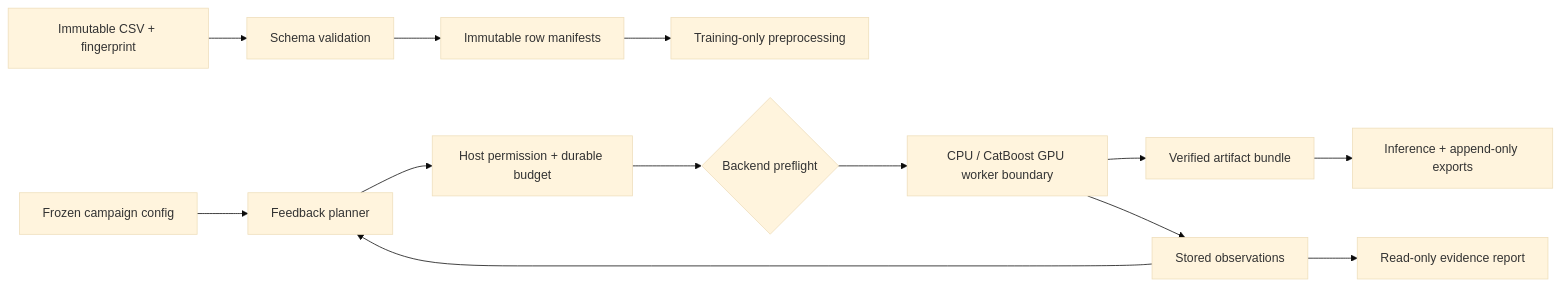
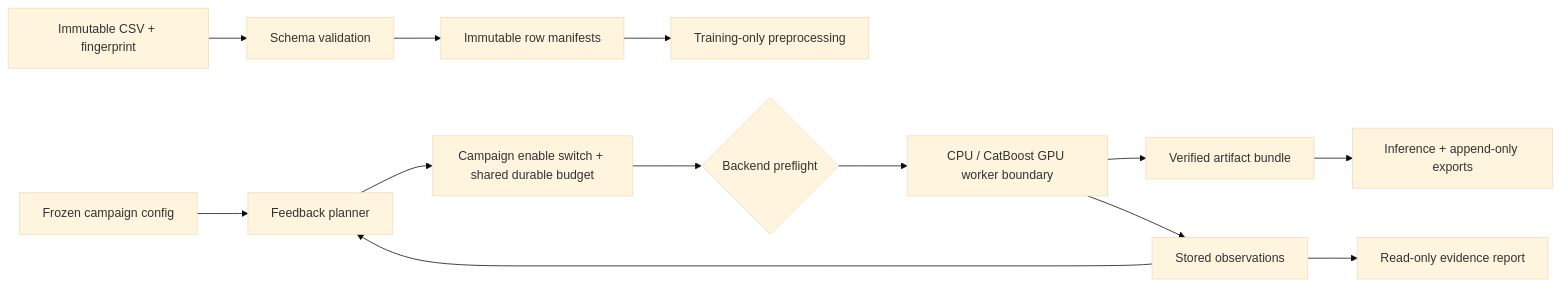
The diagram in docs/architecture.md (vikky781/Autonomis), drawn with Mermaid (base theme) before and after one commit. The commit also changed other lines of this file and 9 other files, not shown here.

Commit message:
feat: archive locked rounds and continue shared budget

````diff
--- a/docs/architecture.md
+++ b/docs/architecture.md
@@ -5,15 +5,15 @@
 ```mermaid
 flowchart LR
   Raw[Immutable CSV + fingerprint] --> Data[Schema validation]
   Data --> Splits[Immutable row manifests]
   Splits --> Features[Training-only preprocessing]
   Config[Frozen campaign config] --> Planner[Feedback planner]
   History[Stored observations] --> Planner
-  Planner --> Gate[Host permission + durable budget]
+  Planner --> Gate[Campaign enable switch + shared durable budget]
   Gate --> Preflight{Backend preflight}
   Preflight --> Worker[CPU / CatBoost GPU worker boundary]
   Worker --> Bundle[Verified artifact bundle]
   Worker --> History
   Bundle --> Predict[Inference + append-only exports]
   History --> Report[Read-only evidence report]
 ```
````
